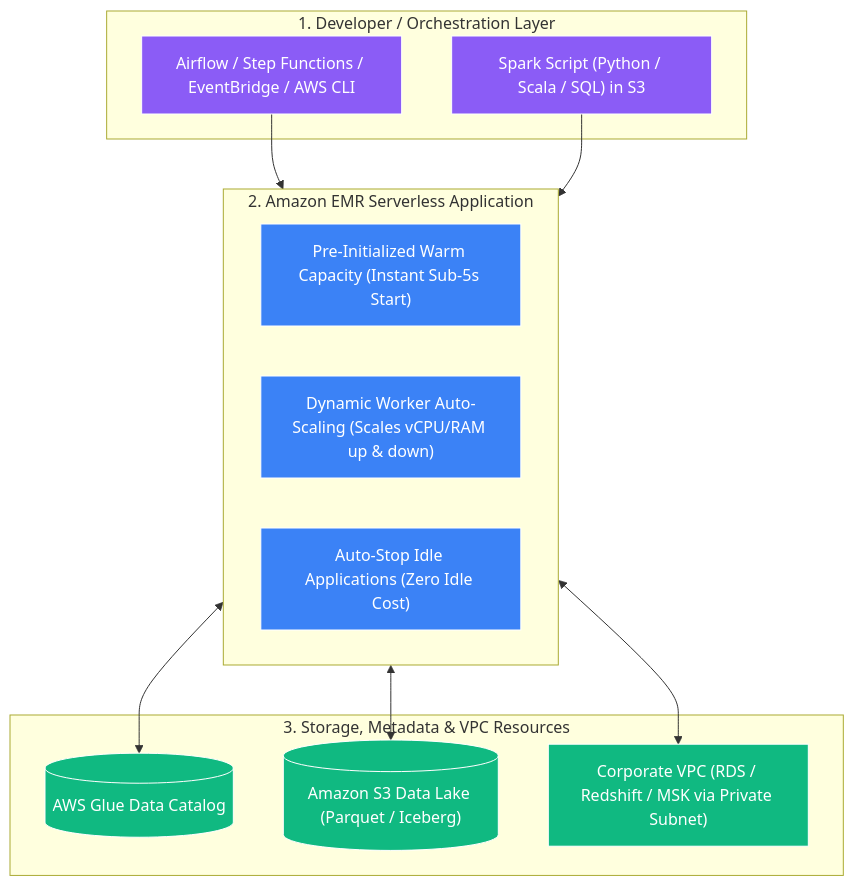
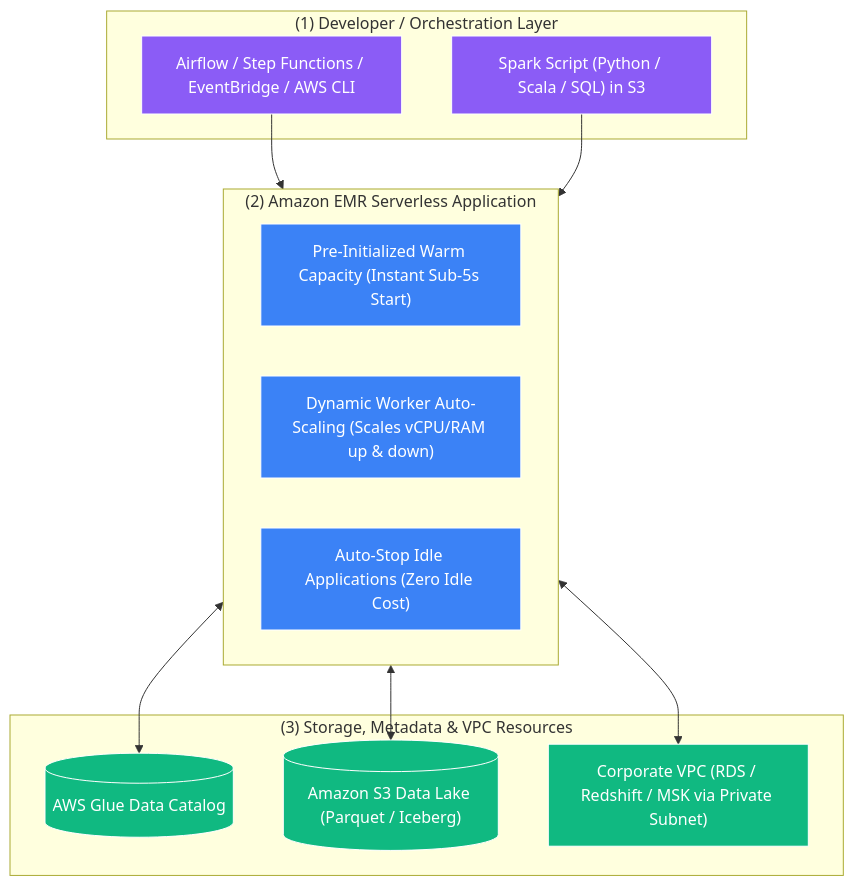
The diagram in content/en/02-services/analytics-streaming/emr/emr-serverless.md (Wathon/aws-dea-c01-note), drawn with Mermaid before and after one commit. The commit also changed 49 other files, not shown here.

Commit message:
Fix 'Unsupported markdown: list' Mermaid rendering issues across all English and Burmese notes

````diff
--- a/content/en/02-services/analytics-streaming/emr/emr-serverless.md
+++ b/content/en/02-services/analytics-streaming/emr/emr-serverless.md
@@ -31,34 +31,34 @@
 ```mermaid
 graph TD
-    subgraph JobSubmission["1. Developer / Orchestration Layer"]
+    subgraph JobSubmission["(1) Developer / Orchestration Layer"]
         Pipeline["Airflow / Step Functions / EventBridge / AWS CLI"]
         JobScript["Spark Script (Python / Scala / SQL) in S3"]
     end
 
-    subgraph EMRServerlessApp["2. Amazon EMR Serverless Application"]
+    subgraph EMRServerlessApp["(2) Amazon EMR Serverless Application"]
         WarmPool["Pre-Initialized Warm Capacity (Instant Sub-5s Start)"]
         DynamicWorkers["Dynamic Worker Auto-Scaling (Scales vCPU/RAM up & down)"]
         AutoStop["Auto-Stop Idle Applications (Zero Idle Cost)"]
     end
 
-    subgraph ExternalResources["3. Storage, Metadata & VPC Resources"]
+    subgraph ExternalResources["(3) Storage, Metadata & VPC Resources"]
         GlueCatalog[("AWS Glue Data Catalog")]
         S3Data[("Amazon S3 Data Lake (Parquet / Iceberg)")]
         PrivateVPC["Corporate VPC (RDS / Redshift / MSK via Private Subnet)"]
     end
 
     Pipeline --> EMRServerlessApp
     JobScript --> EMRServerlessApp
 
     EMRServerlessApp <--> GlueCatalog
     EMRServerlessApp <--> S3Data
     EMRServerlessApp <--> PrivateVPC
 
     classDef dev fill:#8b5cf6,stroke:#fff,stroke-width:1px,color:#fff;
     classDef serv fill:#3b82f6,stroke:#fff,stroke-width:1px,color:#fff;
     classDef target fill:#10b981,stroke:#fff,stroke-width:1px,color:#fff;
 
     class Pipeline,JobScript dev;
     class WarmPool,DynamicWorkers,AutoStop serv;
     class GlueCatalog,S3Data,PrivateVPC target;
 ```
````
